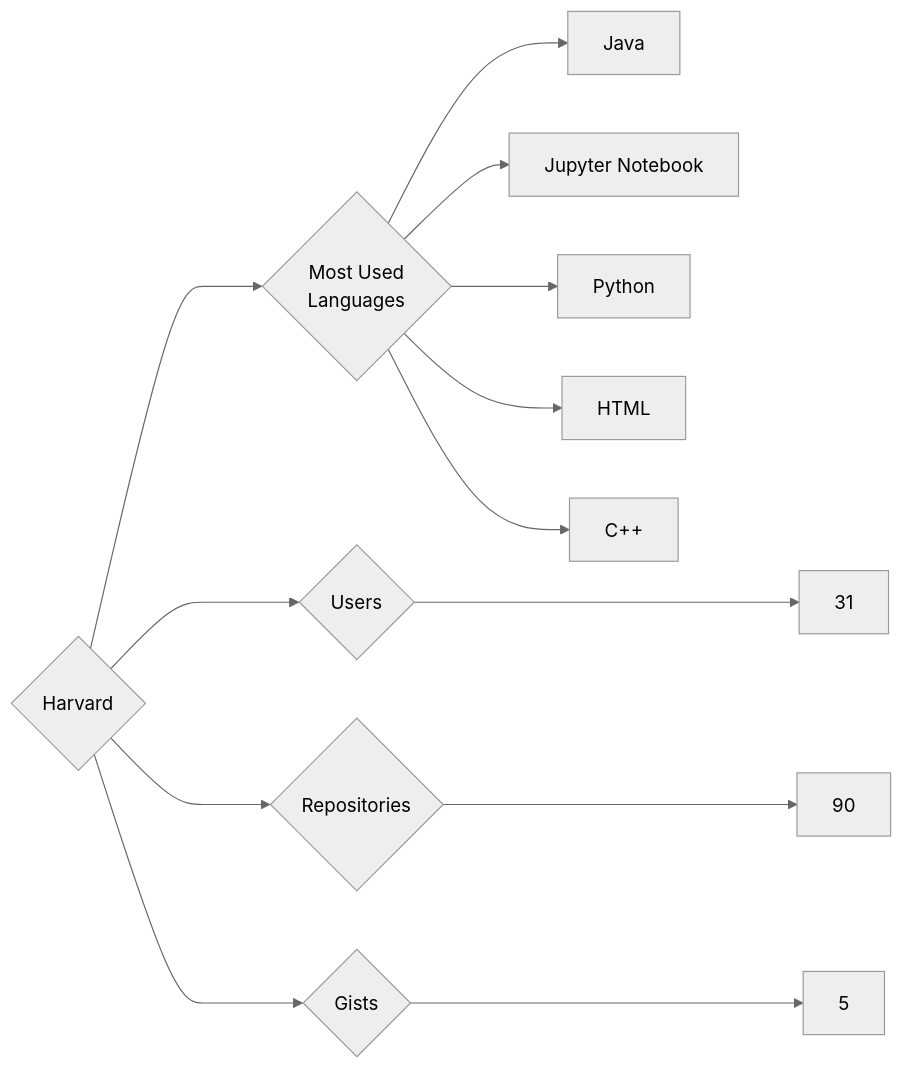
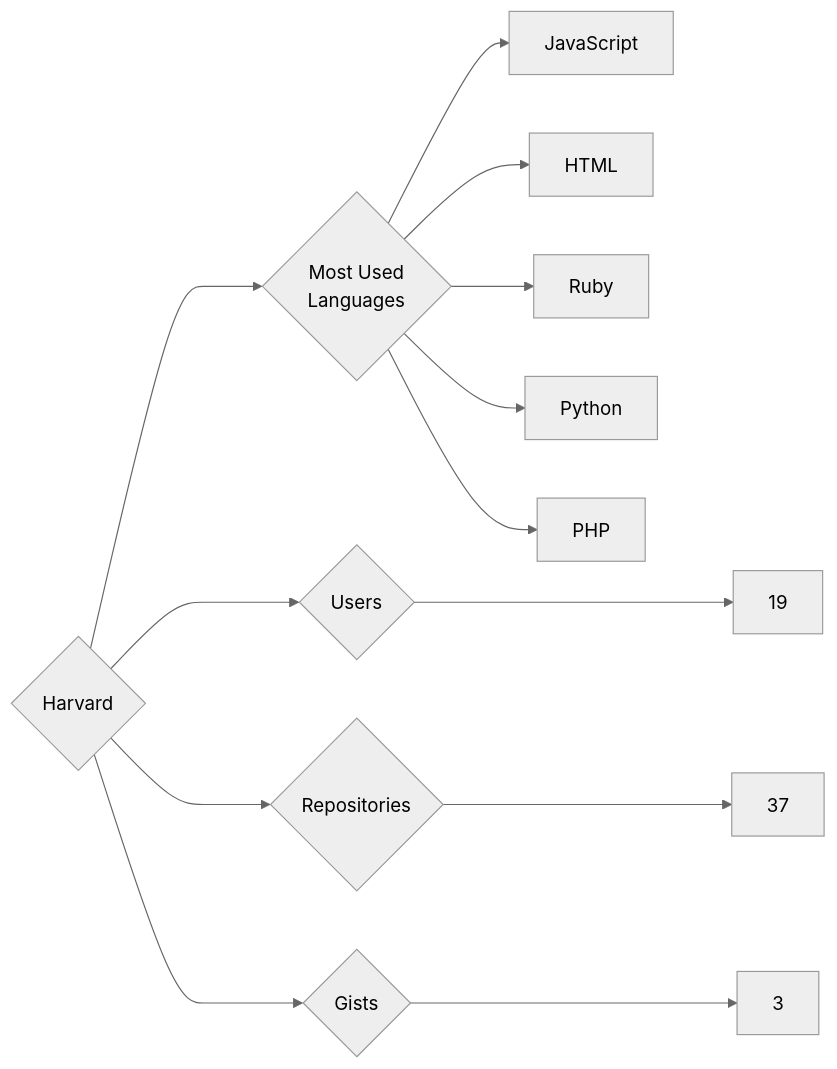
One commit to trickest/insiders changed the diagram in targets/Harvard/README.md. Above: the diagram before and after it, drawn with Mermaid (neutral theme). The commit also changed 775 other files, not shown here.

````diff
--- a/targets/Harvard/README.md
+++ b/targets/Harvard/README.md
@@ -3,13 +3,13 @@
 ```mermaid
 graph LR
 COMPANY_NAME{Harvard}
-COMPANY_NAME ---> U{Users} ---> UN[31]
-COMPANY_NAME ---> R{Repositories} ---> RN[90]
-COMPANY_NAME ---> G{Gists} ---> GN[5]
+COMPANY_NAME ---> U{Users} ---> UN[19]
+COMPANY_NAME ---> R{Repositories} ---> RN[37]
+COMPANY_NAME ---> G{Gists} ---> GN[3]
 COMPANY_NAME ---> ML{Most Used<br>Languages}
-ML --> Java[Java]
-ML --> Jupyter_Notebook[Jupyter Notebook]
+ML --> JavaScript[JavaScript]
+ML --> HTML[HTML]
+ML --> Ruby[Ruby]
 ML --> Python[Python]
-ML --> HTML[HTML]
-ML --> C++[C++]
+ML --> PHP[PHP]
 ```
````
